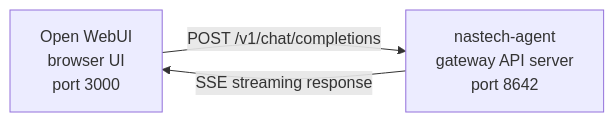
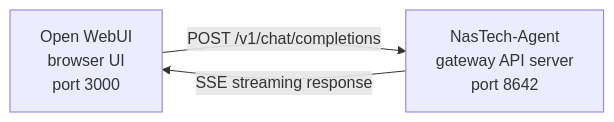
One commit to nastechai/nastech-agent changed the diagram in website/docs/user-guide/messaging/open-webui.md. Above: the diagram before and after it, drawn with Mermaid. The commit also changed other lines of this file and 7159 other files, not shown here.

First line of the commit message:
NasTech Updates from Source End: Initial branded snapshot from upstream source

````diff
--- a/website/docs/user-guide/messaging/open-webui.md
+++ b/website/docs/user-guide/messaging/open-webui.md
@@ -13,7 +13,7 @@
 ```mermaid
 flowchart LR
     A["Open WebUI<br/>browser UI<br/>port 3000"]
-    B["nastech-agent<br/>gateway API server<br/>port 8642"]
+    B["NasTech-Agent<br/>gateway API server<br/>port 8642"]
     A -->|POST /v1/chat/completions| B
     B -->|SSE streaming response| A
 ```
````
